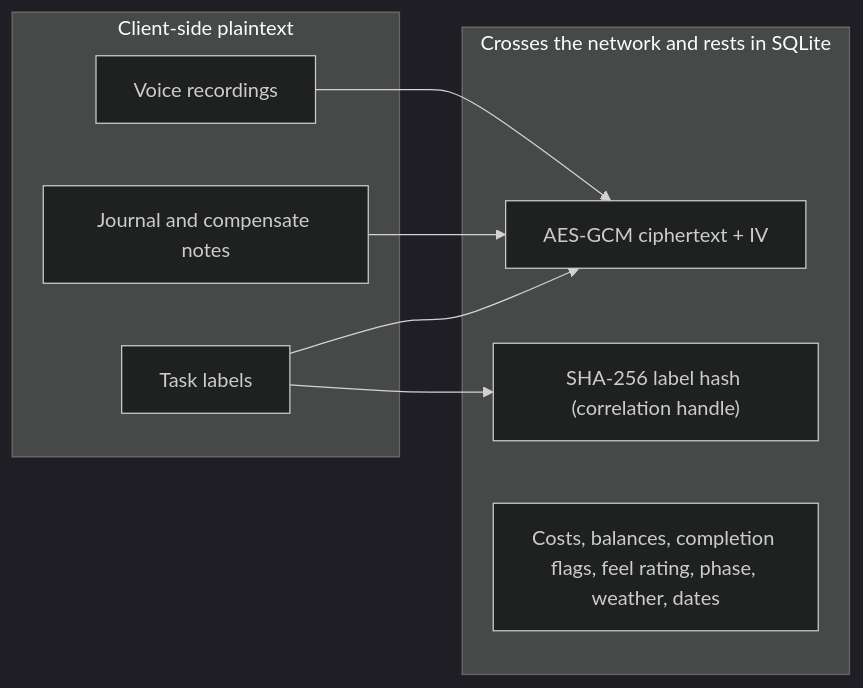
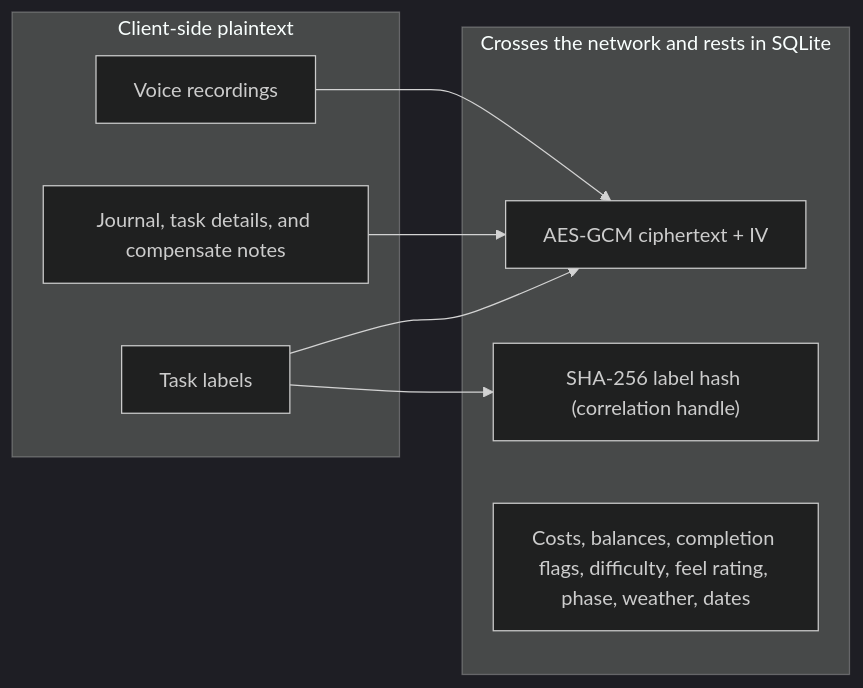
The second of 2 diagrams in ARCHITECTURE.md (97115104/energyaccounting), drawn with Mermaid (dark theme) before and after one commit. The commit also changed other lines of this file and 17 other files, not shown here.

````diff
--- a/ARCHITECTURE.md
+++ b/ARCHITECTURE.md
@@ -53,17 +53,17 @@
 ```mermaid
 flowchart LR
   subgraph client [Client-side plaintext]
     labels["Task labels"]
-    journalText["Journal and compensate notes"]
+    journalText["Journal, task details, and compensate notes"]
     audio["Voice recordings"]
   end
   subgraph wire [Crosses the network and rests in SQLite]
     cipher["AES-GCM ciphertext + IV"]
     hash["SHA-256 label hash (correlation handle)"]
-    numbers["Costs, balances, completion flags, feel rating, phase, weather, dates"]
+    numbers["Costs, balances, completion flags, difficulty, feel rating, phase, weather, dates"]
   end
   labels --> cipher
   labels --> hash
   journalText --> cipher
   audio --> cipher
 ```
````
